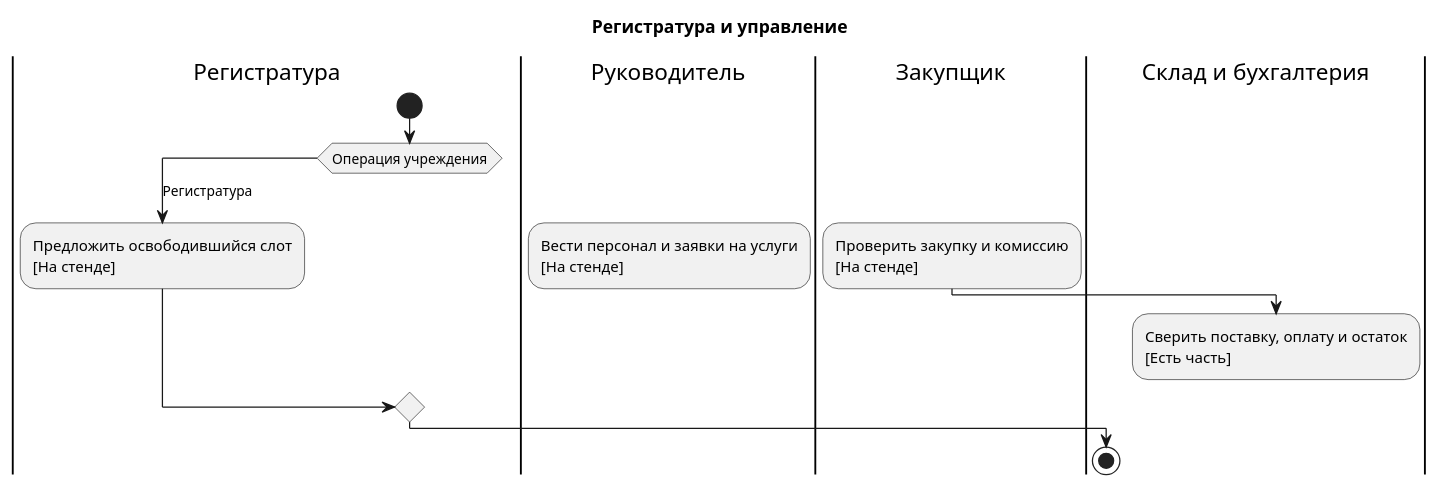
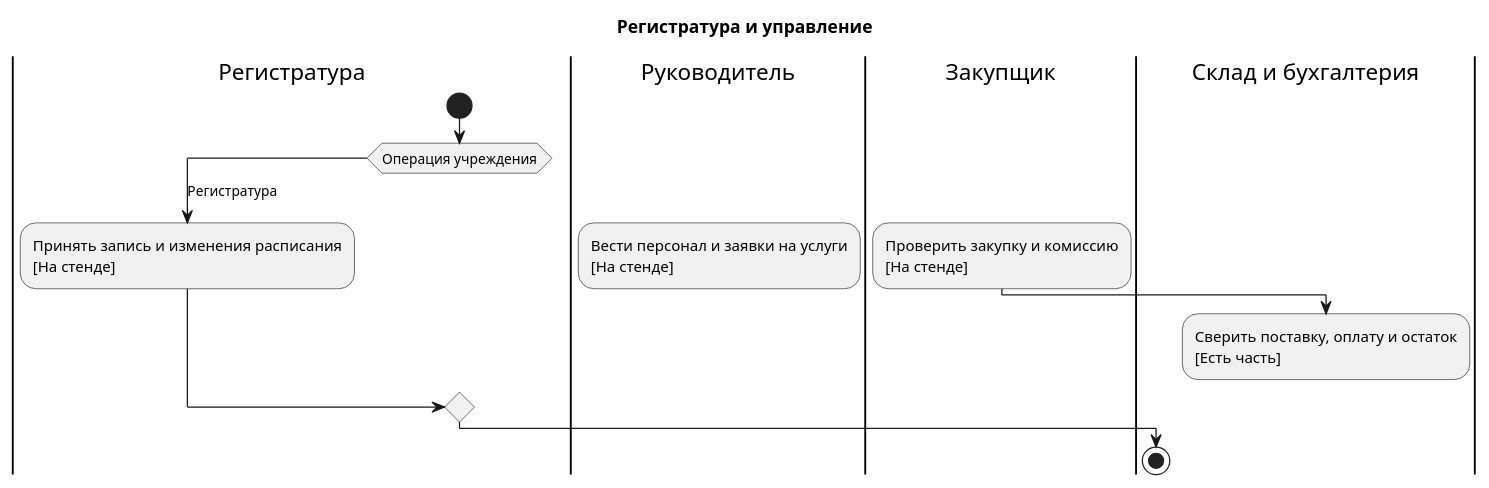
The diagram in clinic.puml (medbookdev/medbook-readiness), drawn with PlantUML before and after one commit. The commit also changed 11 other files, not shown here.

```diff
--- a/clinic.puml
+++ b/clinic.puml
@@ -1,19 +1,19 @@
 @startuml
 title Регистратура и управление
 |Регистратура|
 start
 switch (Операция учреждения)
 case (Регистратура)
 |Регистратура|
-:Предложить освободившийся слот\n[На стенде];
+:Принять запись и изменения расписания\n[На стенде];
 case (Кадры)
 |Руководитель|
 :Вести персонал и заявки на услуги\n[На стенде];
 case (Снабжение и расчёты)
 |Закупщик|
 :Проверить закупку и комиссию\n[На стенде];
 |Склад и бухгалтерия|
 :Сверить поставку, оплату и остаток\n[Есть часть];
 endswitch
 stop
 @enduml
```
